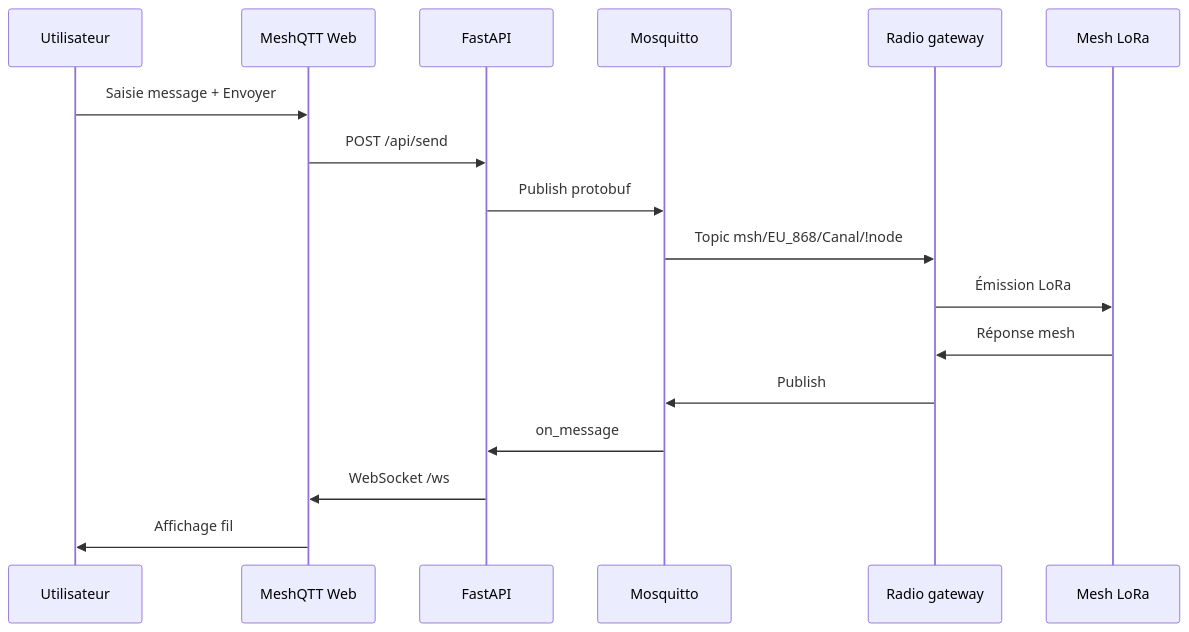
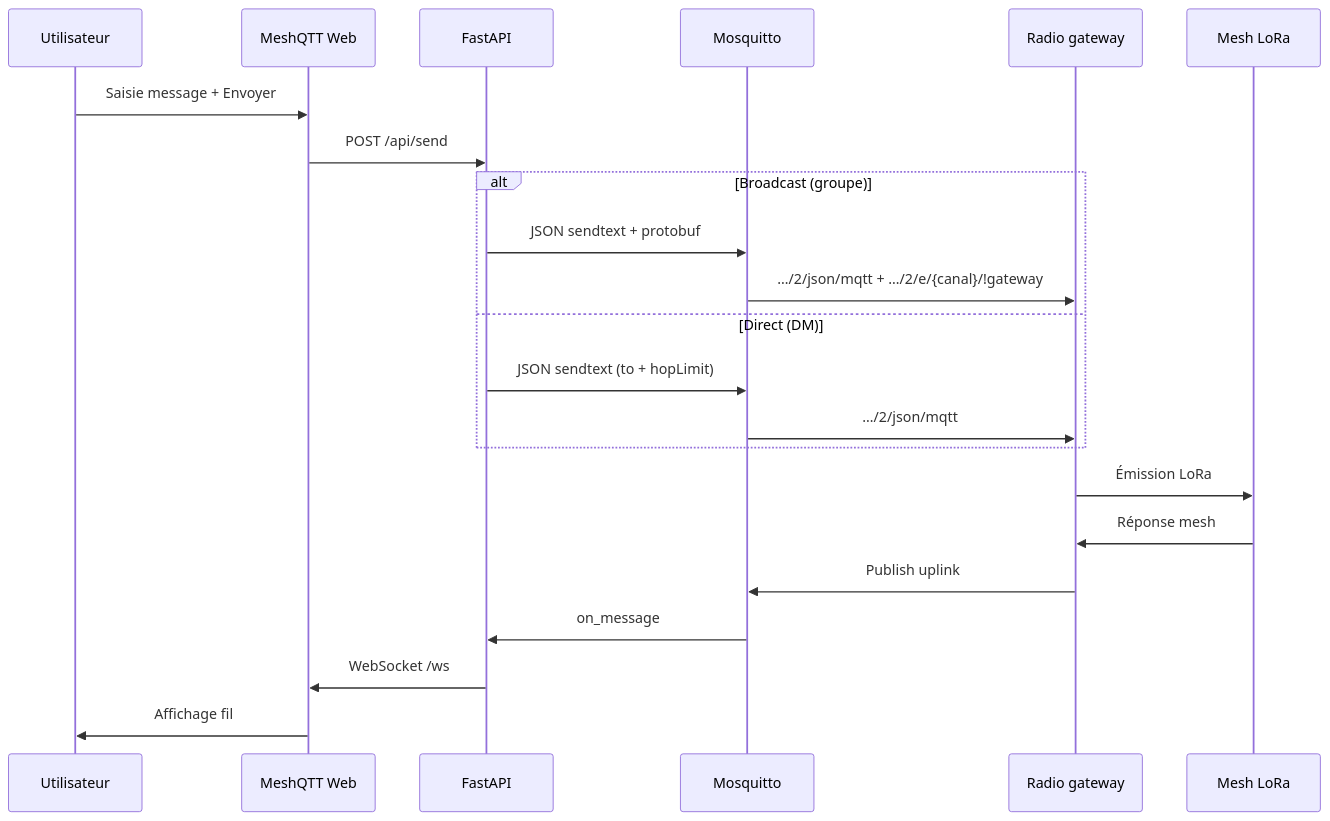
One commit to F4EED/MeshQTT changed the second of 3 diagrams in README.md. Above: the diagram before and after it, drawn with Mermaid. The commit also changed other lines of this file and 14 other files, not shown here.

Commit message:
Fiabiliser le downlink mesh (JSON sendtext, protobuf, PKI) et outils de diagnostic MQTT.

````diff
--- a/README.md
+++ b/README.md
@@ -118,20 +119,25 @@
 ```mermaid
 sequenceDiagram
     participant U as Utilisateur
     participant W as MeshQTT Web
     participant F as FastAPI
     participant M as Mosquitto
     participant R as Radio gateway
     participant L as Mesh LoRa
 
     U->>W: Saisie message + Envoyer
     W->>F: POST /api/send
-    F->>M: Publish protobuf
-    M->>R: Topic msh/EU_868/Canal/!node
+    alt Broadcast (groupe)
+        F->>M: JSON sendtext + protobuf
+        M->>R: …/2/json/mqtt + …/2/e/{canal}/!gateway
+    else Direct (DM)
+        F->>M: JSON sendtext (to + hopLimit)
+        M->>R: …/2/json/mqtt
+    end
     R->>L: Émission LoRa
     L->>R: Réponse mesh
-    R->>M: Publish
+    R->>M: Publish uplink
     M->>F: on_message
     F->>W: WebSocket /ws
     W->>U: Affichage fil
 ```
````
